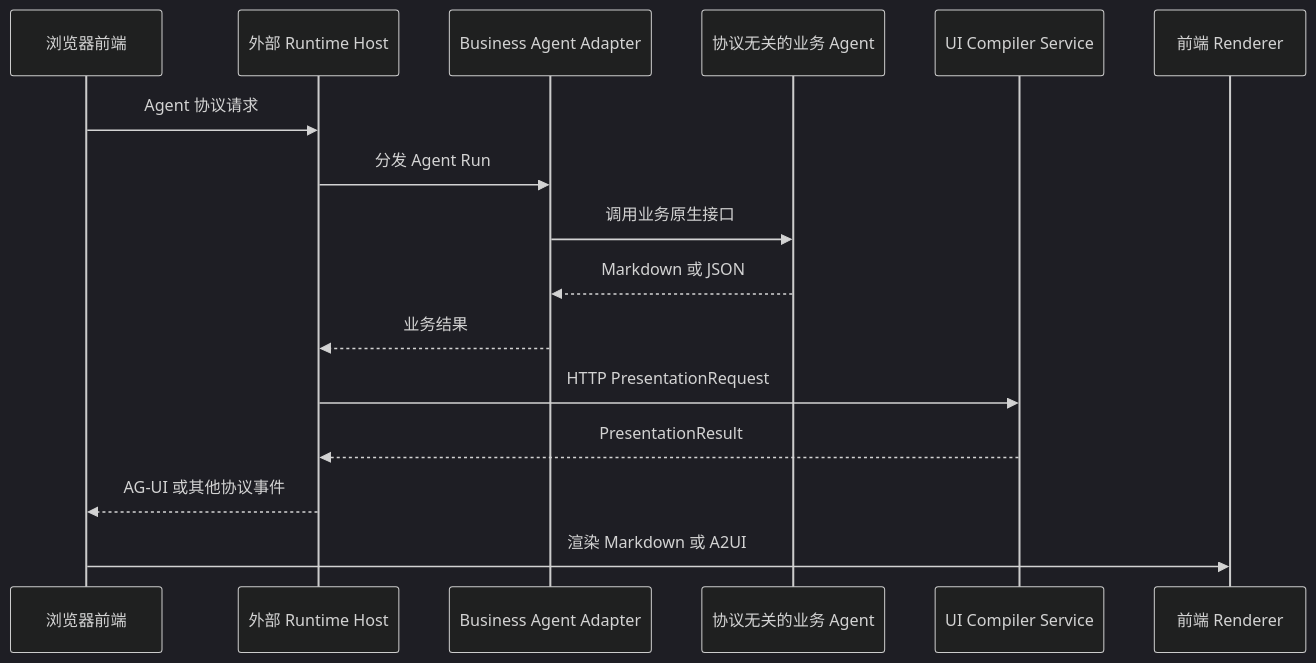
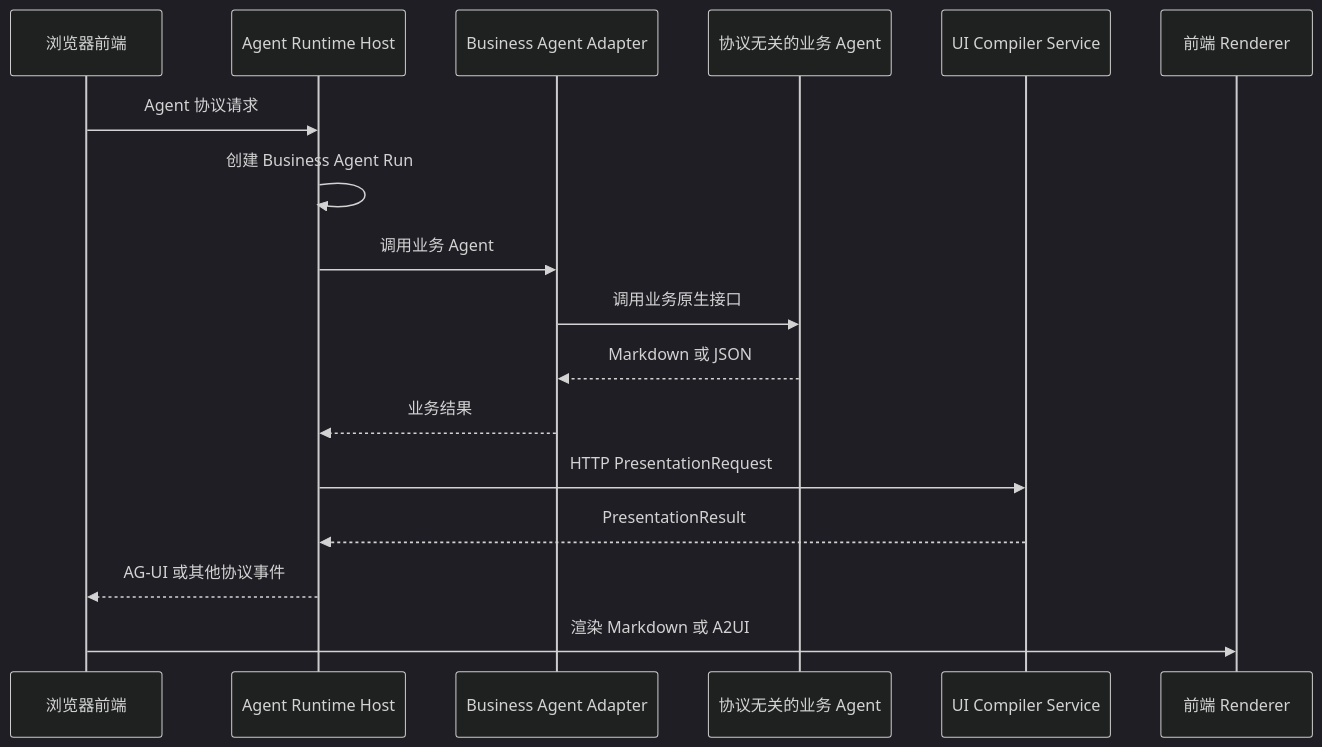
The diagram in docs/ARCHITECTURE.md (xiaoxiaoqian1217/generative-ui-platform), drawn with Mermaid (dark theme) before and after one commit. The commit also changed other lines of this file and 11 other files, not shown here.

````diff
--- a/docs/ARCHITECTURE.md
+++ b/docs/ARCHITECTURE.md
@@ -56,19 +56,20 @@
 ```mermaid
 sequenceDiagram
     participant F as 浏览器前端
-    participant R as 外部 Runtime Host
+    participant R as Agent Runtime Host
     participant D as Business Agent Adapter
     participant A as 协议无关的业务 Agent
     participant C as UI Compiler Service
     participant V as 前端 Renderer
 
     F->>R: Agent 协议请求
-    R->>D: 分发 Agent Run
+    R->>R: 创建 Business Agent Run
+    R->>D: 调用业务 Agent
     D->>A: 调用业务原生接口
     A-->>D: Markdown 或 JSON
     D-->>R: 业务结果
     R->>C: HTTP PresentationRequest
     C-->>R: PresentationResult
     R-->>F: AG-UI 或其他协议事件
     F->>V: 渲染 Markdown 或 A2UI
 ```
````
